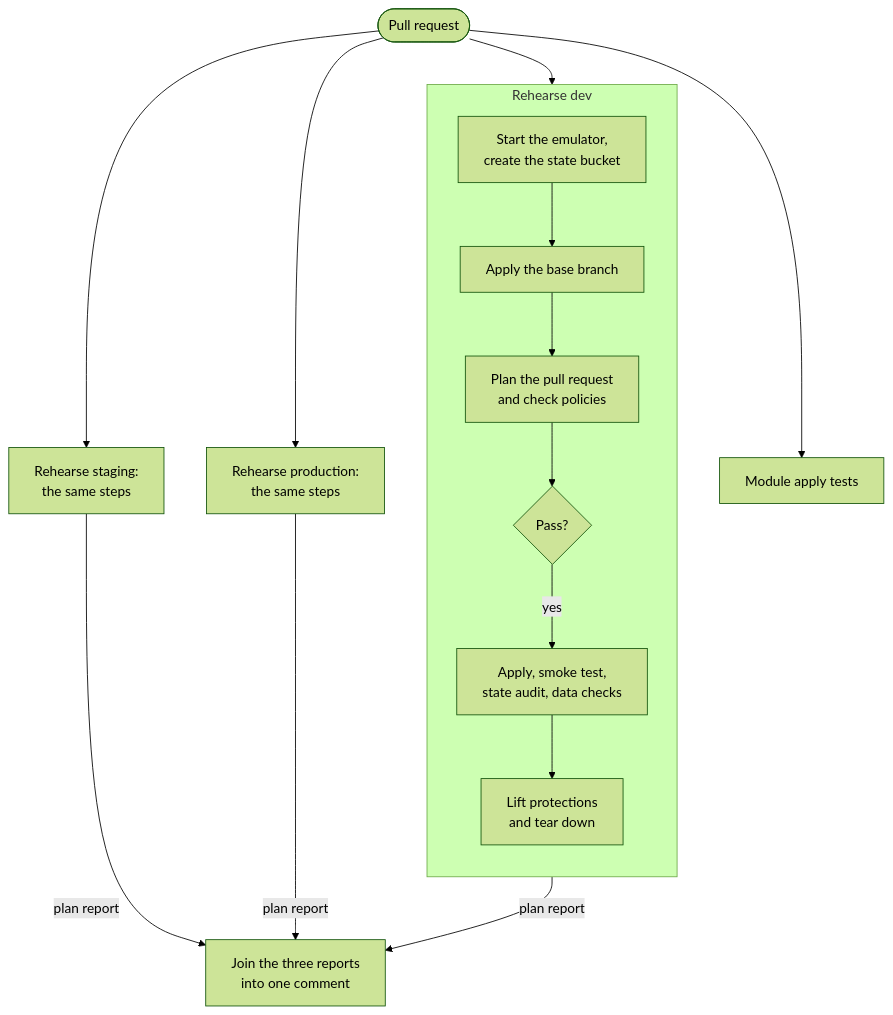
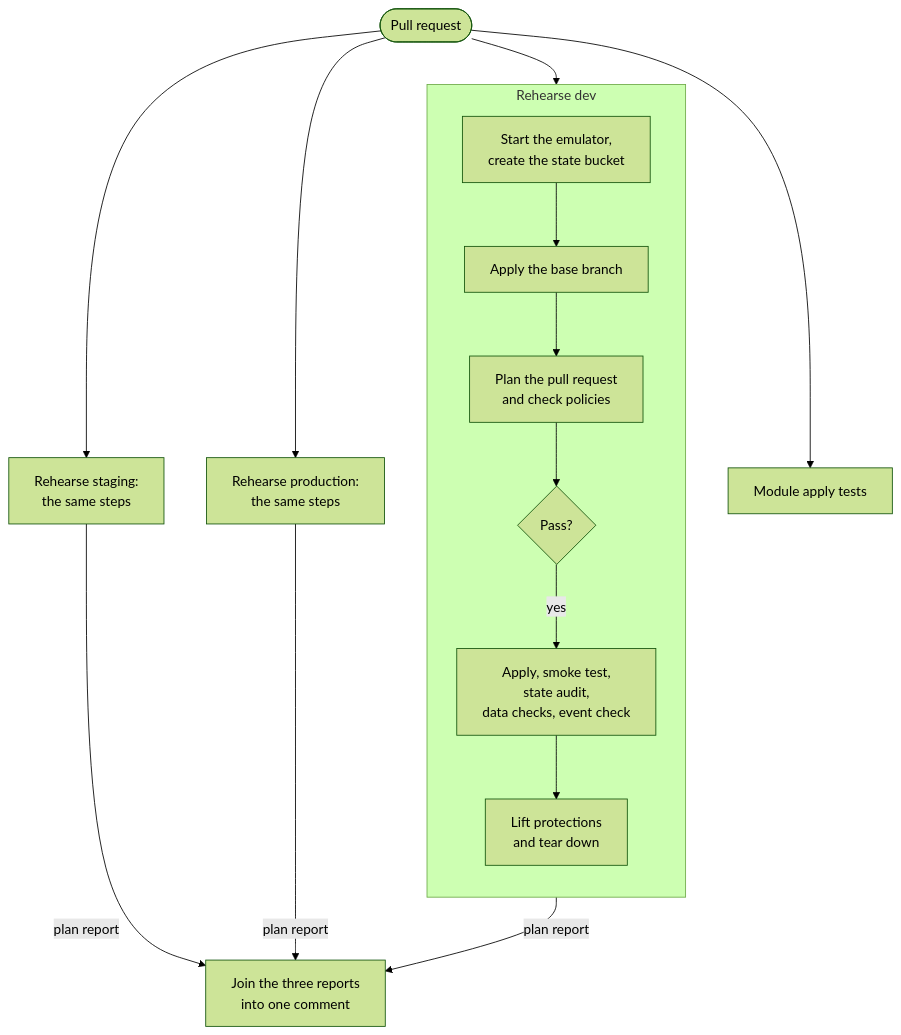
One commit to Akinz-bobo/meridian-supply-platform changed the first of 2 diagrams in docs/guides/pipeline.md. Above: the diagram before and after it, drawn with Mermaid (forest theme). The commit also changed other lines of this file and 4 other files, not shown here.

Commit message:
docs: describe the event check in the messaging, pipeline and layout documents

````diff
--- a/docs/guides/pipeline.md
+++ b/docs/guides/pipeline.md
@@ -31,20 +31,20 @@
 ```mermaid
 flowchart TB
     pr([Pull request]) --> d1
     pr --> stg[Rehearse staging:<br/>the same steps]
     pr --> prod[Rehearse production:<br/>the same steps]
     pr --> mt[Module apply tests]
 
     subgraph rehearsal[Rehearse dev]
         direction TB
         d1[Start the emulator,<br/>create the state bucket] --> d2[Apply the base branch]
         d2 --> d3[Plan the pull request<br/>and check policies]
         d3 --> d4{Pass?}
-        d4 -- yes --> d5[Apply, smoke test,<br/>state audit, data checks]
+        d4 -- yes --> d5[Apply, smoke test,<br/>state audit,<br/>data checks, event check]
         d5 --> d6[Lift protections<br/>and tear down]
     end
 
     d3 -- plan report --> comment[Join the three reports<br/>into one comment]
     stg -- plan report --> comment
     prod -- plan report --> comment
 ```
````
